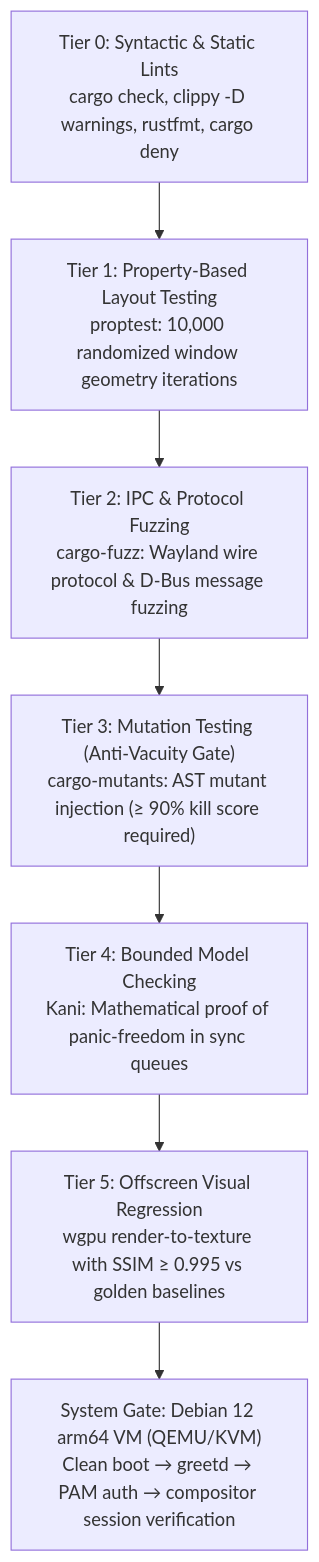
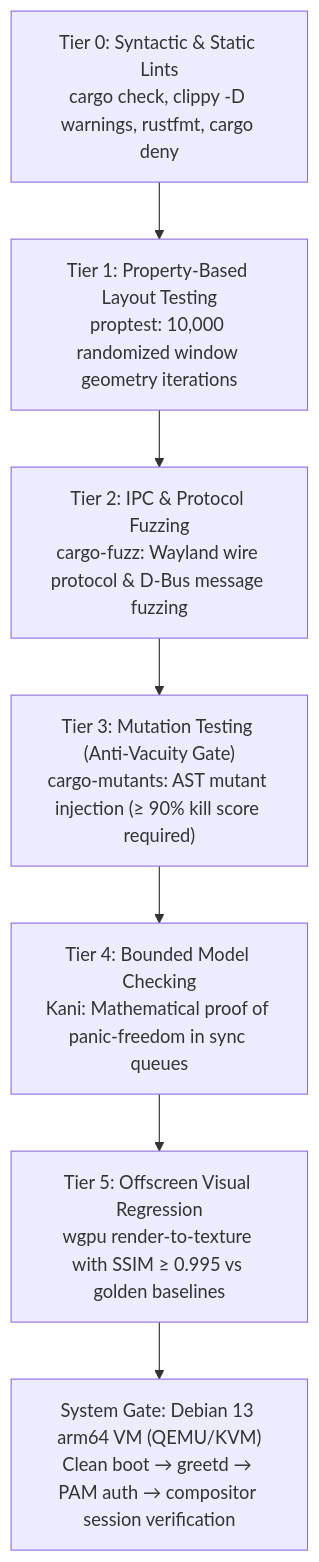
Before and after one commit to bande-linux/desktop: the eighth of 8 diagrams in docs/ARCHITECTURE.md, drawn with Mermaid. The commit also changed other lines of this file and 2 other files, not shown here.

Commit message:
Target Debian 13 (trixie)

````diff
--- a/docs/ARCHITECTURE.md
+++ b/docs/ARCHITECTURE.md
@@ -692,10 +692,10 @@
 ```mermaid
 flowchart TD
     T0["Tier 0: Syntactic & Static Lints<br/>cargo check, clippy -D warnings, rustfmt, cargo deny"] --> T1
     T1["Tier 1: Property-Based Layout Testing<br/>proptest: 10,000 randomized window geometry iterations"] --> T2
     T2["Tier 2: IPC & Protocol Fuzzing<br/>cargo-fuzz: Wayland wire protocol & D-Bus message fuzzing"] --> T3
     T3["Tier 3: Mutation Testing (Anti-Vacuity Gate)<br/>cargo-mutants: AST mutant injection (≥ 90% kill score required)"] --> T4
     T4["Tier 4: Bounded Model Checking<br/>Kani: Mathematical proof of panic-freedom in sync queues"] --> T5
     T5["Tier 5: Offscreen Visual Regression<br/>wgpu render-to-texture with SSIM ≥ 0.995 vs golden baselines"] --> VM
-    VM["System Gate: Debian 12 arm64 VM (QEMU/KVM)<br/>Clean boot → greetd → PAM auth → compositor session verification"]
+    VM["System Gate: Debian 13 arm64 VM (QEMU/KVM)<br/>Clean boot → greetd → PAM auth → compositor session verification"]
 ```
````
